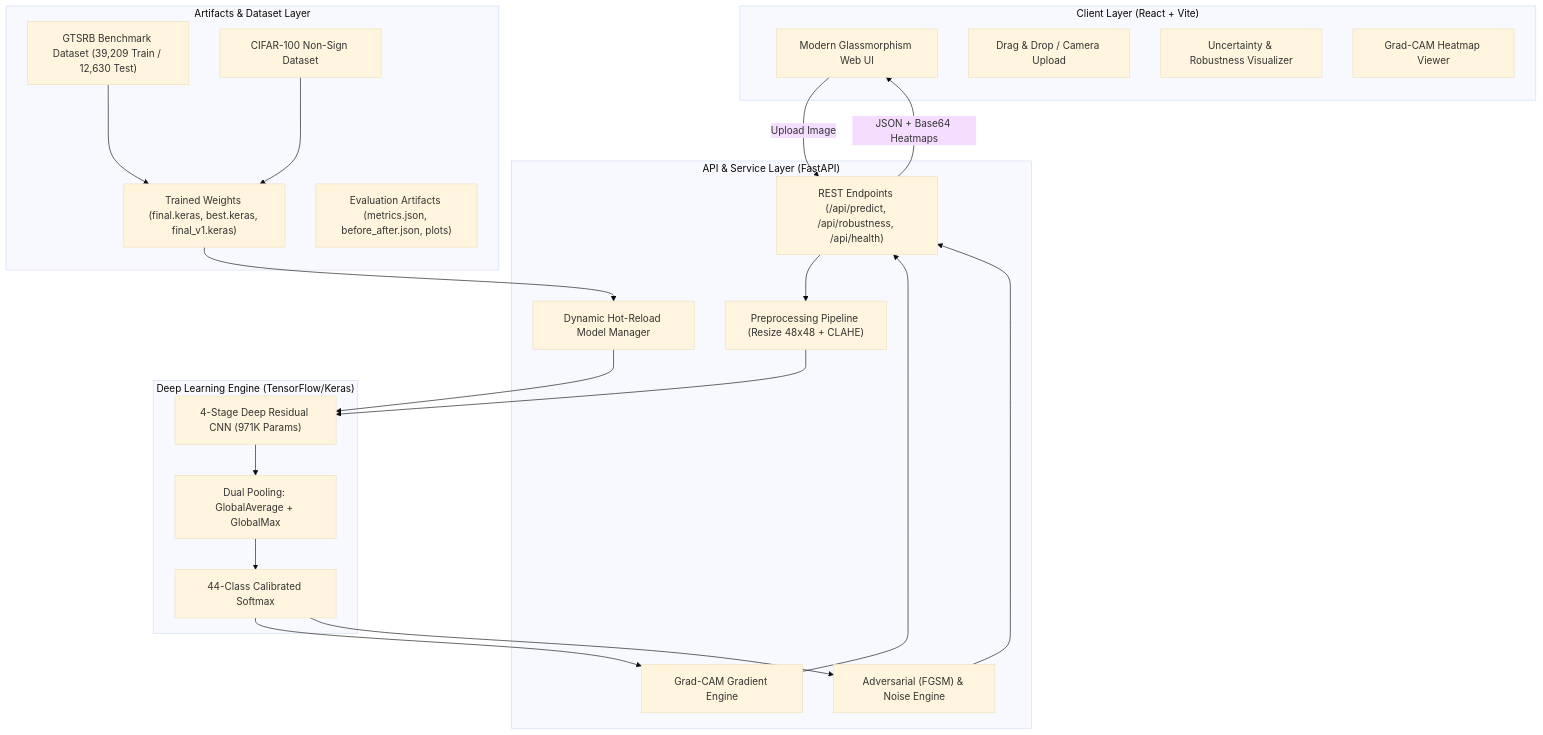
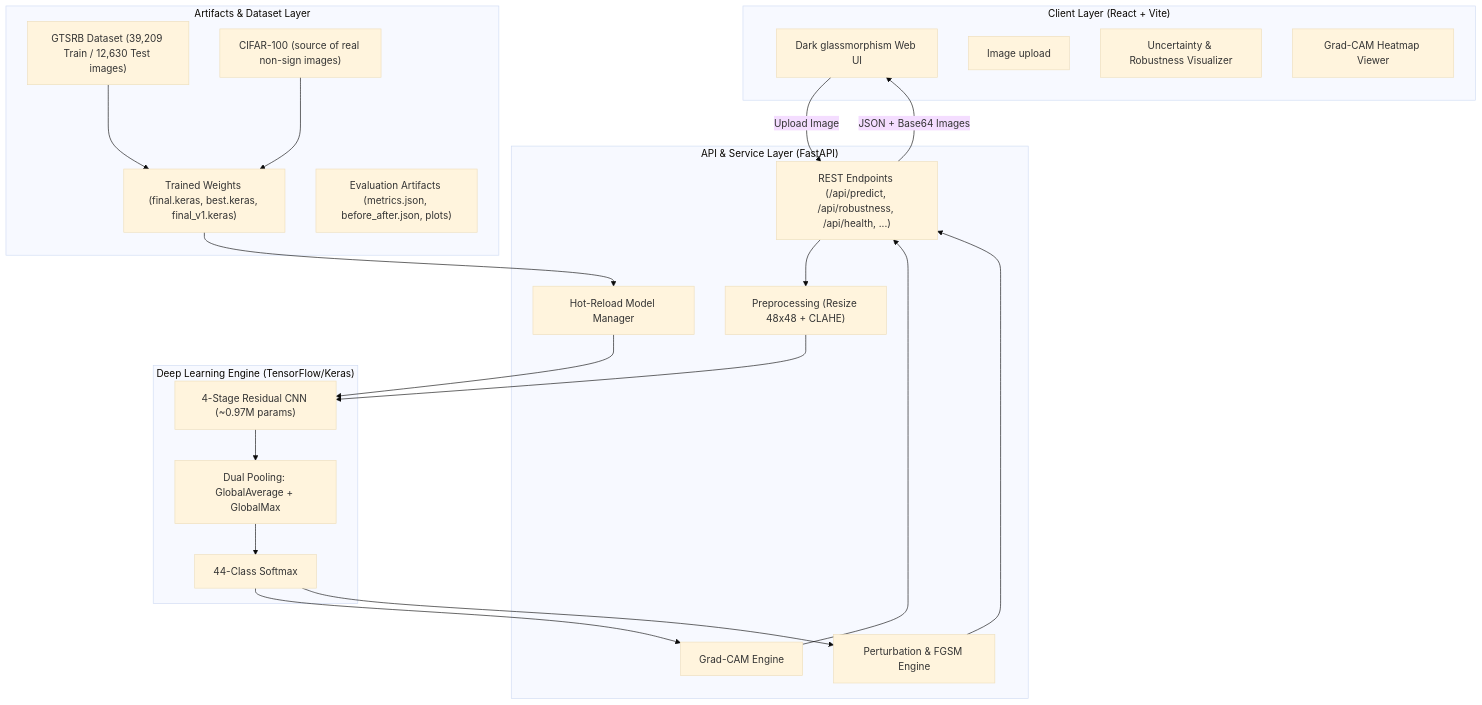
The first of 3 diagrams in README.md (Alokzhan/traffic-sign), drawn with Mermaid (base theme) before and after one commit. The commit also changed other lines of this file, not shown here.

````diff
--- a/README.md
+++ b/README.md
@@ -44,45 +58,45 @@
 ```mermaid
 graph TD
     subgraph Client ["Client Layer (React + Vite)"]
-        UI["Modern Glassmorphism Web UI"]
-        Drop["Drag & Drop / Camera Upload"]
+        UI["Dark glassmorphism Web UI"]
+        Drop["Image upload"]
         Chart["Uncertainty & Robustness Visualizer"]
         CamViewer["Grad-CAM Heatmap Viewer"]
     end
 
     subgraph API ["API & Service Layer (FastAPI)"]
-        Router["REST Endpoints (/api/predict, /api/robustness, /api/health)"]
-        PreProc["Preprocessing Pipeline (Resize 48x48 + CLAHE)"]
-        CamEngine["Grad-CAM Gradient Engine"]
-        PerturbEngine["Adversarial (FGSM) & Noise Engine"]
-        ModelMgr["Dynamic Hot-Reload Model Manager"]
+        Router["REST Endpoints (/api/predict, /api/robustness, /api/health, ...)"]
+        PreProc["Preprocessing (Resize 48x48 + CLAHE)"]
+        CamEngine["Grad-CAM Engine"]
+        PerturbEngine["Perturbation & FGSM Engine"]
+        ModelMgr["Hot-Reload Model Manager"]
     end
 
     subgraph DeepLearning ["Deep Learning Engine (TensorFlow/Keras)"]
-        ResNet["4-Stage Deep Residual CNN (971K Params)"]
+        ResNet["4-Stage Residual CNN (~0.97M params)"]
         DualPool["Dual Pooling: GlobalAverage + GlobalMax"]
-        Softmax["44-Class Calibrated Softmax"]
+        Softmax["44-Class Softmax"]
     end
 
     subgraph Storage ["Artifacts & Dataset Layer"]
-        GTSRB["GTSRB Benchmark Dataset (39,209 Train / 12,630 Test)"]
-        CIFAR["CIFAR-100 Non-Sign Dataset"]
+        GTSRB["GTSRB Dataset (39,209 Train / 12,630 Test images)"]
+        CIFAR["CIFAR-100 (source of real non-sign images)"]
         TrainedModels["Trained Weights (final.keras, best.keras, final_v1.keras)"]
         Metrics["Evaluation Artifacts (metrics.json, before_after.json, plots)"]
     end
 
     UI -->|"Upload Image"| Router
     Router --> PreProc
     PreProc --> ResNet
     ResNet --> DualPool
     DualPool --> Softmax
     Softmax --> CamEngine
     Softmax --> PerturbEngine
     CamEngine --> Router
     PerturbEngine --> Router
-    Router -->|"JSON + Base64 Heatmaps"| UI
+    Router -->|"JSON + Base64 Images"| UI
     GTSRB --> TrainedModels
     CIFAR --> TrainedModels
     TrainedModels --> ModelMgr
     ModelMgr --> ResNet
 ```
````
